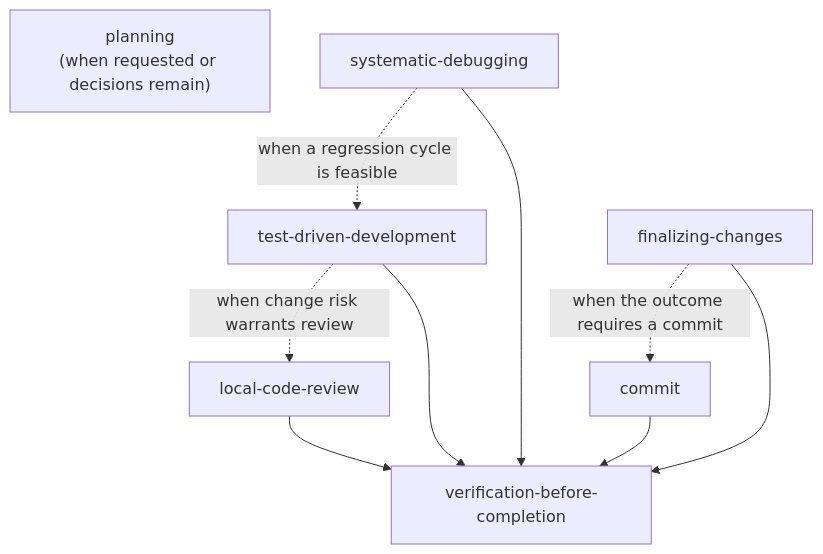
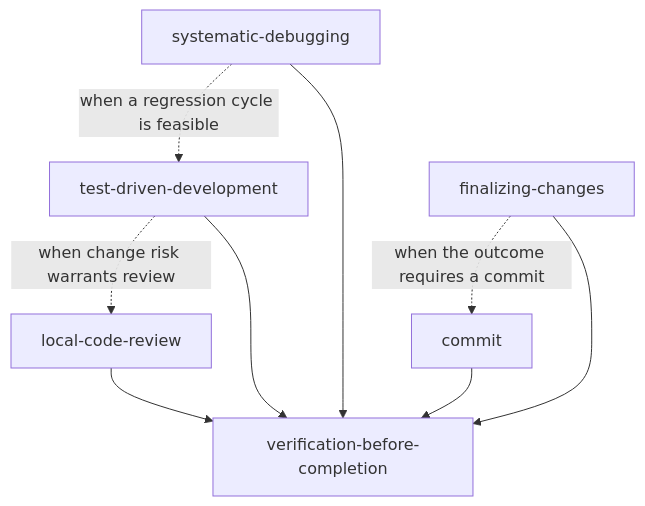
Before and after one commit to fgladisch/omp-skills: the diagram in README.md, drawn with Mermaid. The commit also changed other lines of this file and 7 other files, not shown here.

````diff
--- a/README.md
+++ b/README.md
@@ -44,19 +43,18 @@
 ```mermaid
 flowchart TB
-  P["planning<br/>(when requested or decisions remain)"]
   SD["systematic-debugging"]
   TDD["test-driven-development"]
   CR["local-code-review"]
   V["verification-before-completion"]
   C["commit"]
   F["finalizing-changes"]
 
   SD -. "when a regression cycle is feasible" .-> TDD
   TDD -. "when change risk warrants review" .-> CR
   CR --> V
   TDD --> V
   SD --> V
   F -. "when the outcome requires a commit" .-> C
   C --> V
   F --> V
 ```
````
